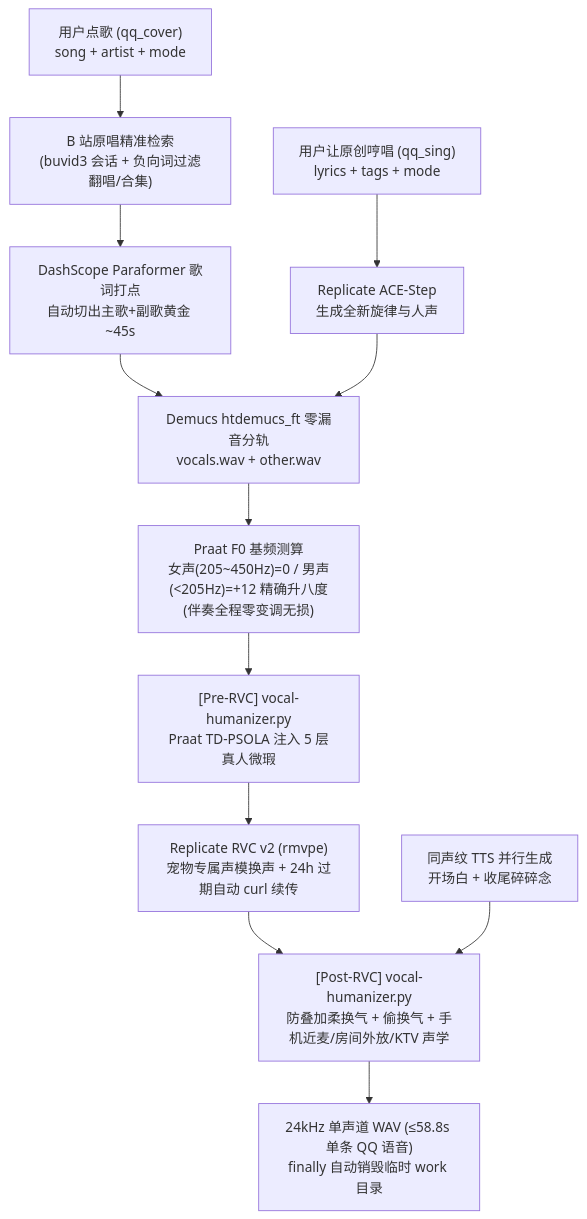
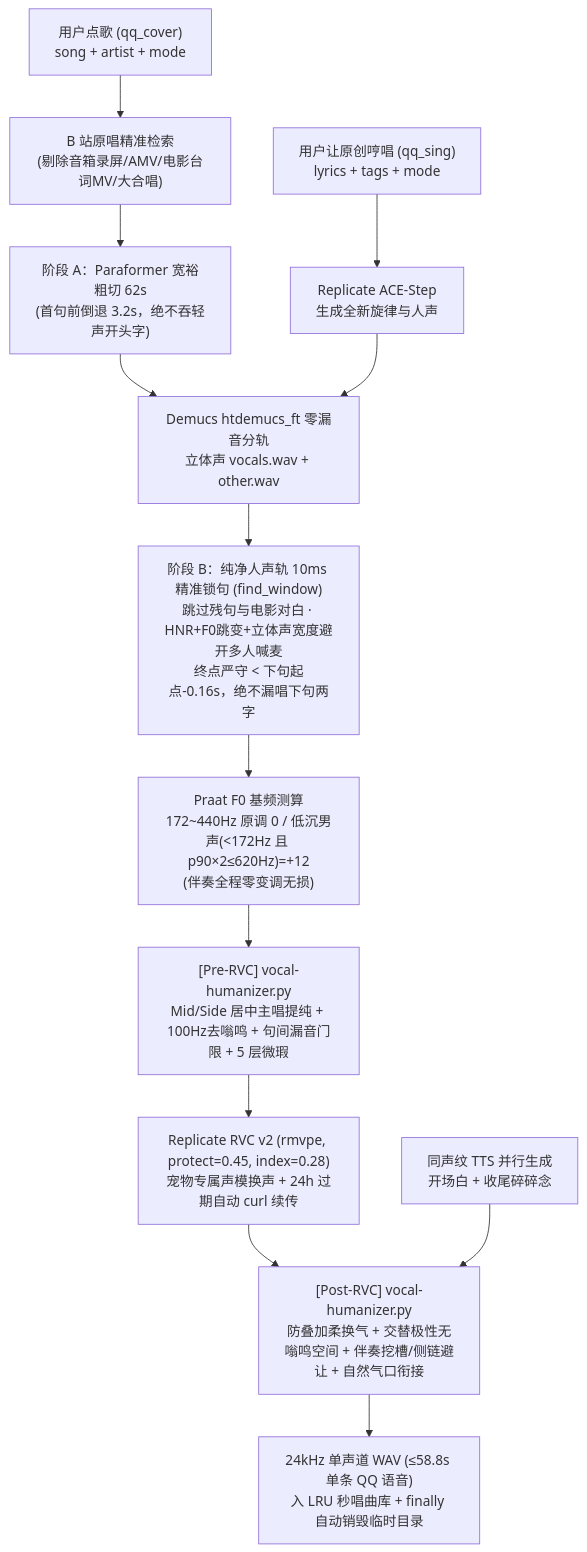
The diagram in singing-module.md (mactawishHui/dsh-chat-pet), drawn with Mermaid before and after one commit. The commit also changed other lines of this file and 3 other files, not shown here.

Commit message:
feat(singing-v4): two-stage phrase-locked trim, stereo Mid/Side lead isolation, zero-mud EQ & sidechain BGM, and MV/room-mic source filtering

````diff
--- a/singing-module.md
+++ b/singing-module.md
@@ -20,14 +20,15 @@
 ```mermaid
 flowchart TD
-  A["用户点歌 (qq_cover)<br/>song + artist + mode"] --> B["B 站原唱精准检索<br/>(buvid3 会话 + 负向词过滤翻唱/合集)"]
-  B --> C["DashScope Paraformer 歌词打点<br/>自动切出主歌+副歌黄金 ~45s"]
+  A["用户点歌 (qq_cover)<br/>song + artist + mode"] --> B["B 站原唱精准检索<br/>(剔除音箱录屏/AMV/电影台词MV/大合唱)"]
+  B --> C["阶段 A：Paraformer 宽裕粗切 62s<br/>(首句前倒退 3.2s，绝不吞轻声开头字)"]
   A2["用户让原创哼唱 (qq_sing)<br/>lyrics + tags + mode"] --> C2["Replicate ACE-Step<br/>生成全新旋律与人声"]
-  C --> D["Demucs htdemucs_ft 零漏音分轨<br/>vocals.wav + other.wav"]
+  C --> D["Demucs htdemucs_ft 零漏音分轨<br/>立体声 vocals.wav + other.wav"]
   C2 --> D
-  D --> E["Praat F0 基频测算<br/>女声(205~450Hz)=0 / 男声(<205Hz)=+12 精确升八度<br/>(伴奏全程零变调无损)"]
-  E --> F["[Pre-RVC] vocal-humanizer.py<br/>Praat TD-PSOLA 注入 5 层真人微瑕"]
-  F --> G["Replicate RVC v2 (rmvpe)<br/>宠物专属声模换声 + 24h 过期自动 curl 续传"]
-  G --> H["[Post-RVC] vocal-humanizer.py<br/>防叠加柔换气 + 偷换气 + 手机近麦/房间外放/KTV 声学"]
+  D --> D2["阶段 B：纯净人声轨 10ms 精准锁句 (find_window)<br/>跳过残句与电影对白 · HNR+F0跳变+立体声宽度避开多人喊麦<br/>终点严守 < 下句起点-0.16s，绝不漏唱下句两字"]
+  D2 --> E["Praat F0 基频测算<br/>172~440Hz 原调 0 / 低沉男声(<172Hz 且 p90×2≤620Hz)=+12<br/>(伴奏全程零变调无损)"]
+  E --> F["[Pre-RVC] vocal-humanizer.py<br/>Mid/Side 居中主唱提纯 + 100Hz去嗡鸣 + 句间漏音门限 + 5 层微瑕"]
+  F --> G["Replicate RVC v2 (rmvpe, protect=0.45, index=0.28)<br/>宠物专属声模换声 + 24h 过期自动 curl 续传"]
+  G --> H["[Post-RVC] vocal-humanizer.py<br/>防叠加柔换气 + 交替极性无嗡鸣空间 + 伴奏挖槽/侧链避让 + 自然气口衔接"]
   T["同声纹 TTS 并行生成<br/>开场白 + 收尾碎碎念"] --> H
-  H --> I["24kHz 单声道 WAV (≤58.8s 单条 QQ 语音)<br/>finally 自动销毁临时 work 目录"]
+  H --> I["24kHz 单声道 WAV (≤58.8s 单条 QQ 语音)<br/>入 LRU 秒唱曲库 + finally 自动销毁临时目录"]
 ```
````
